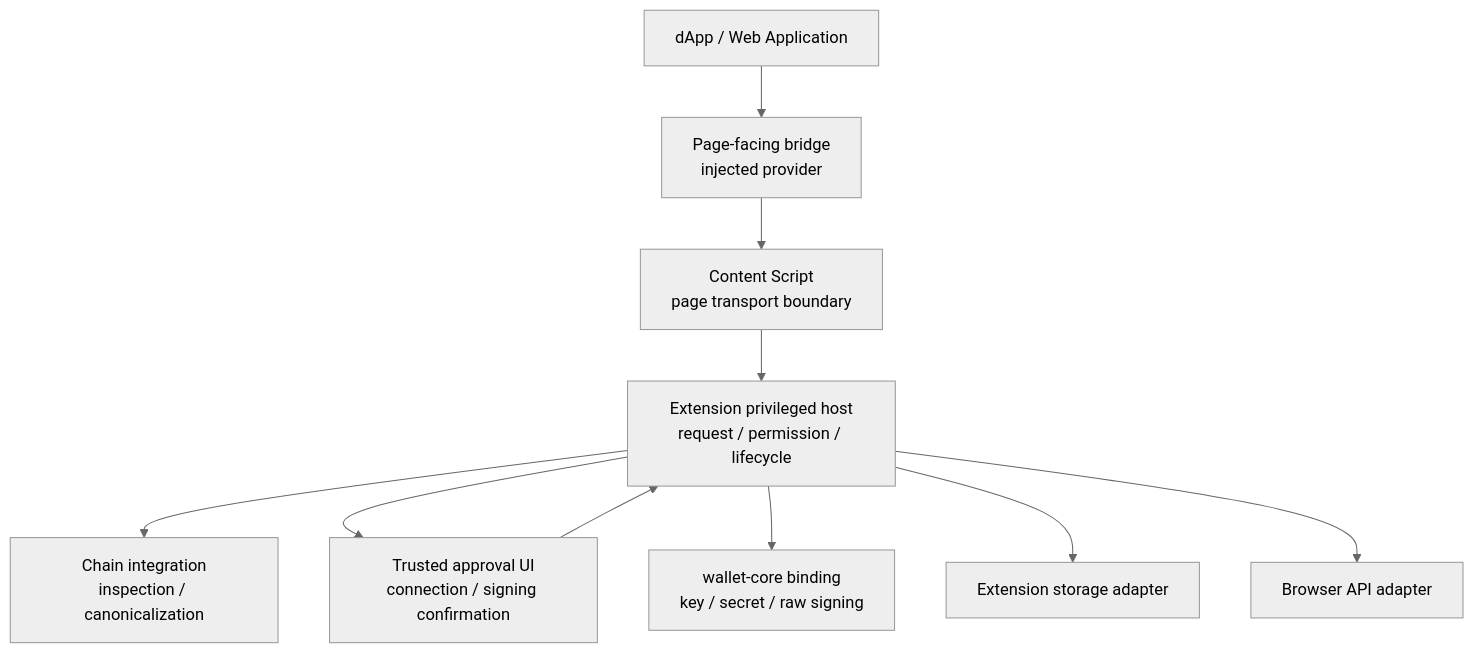
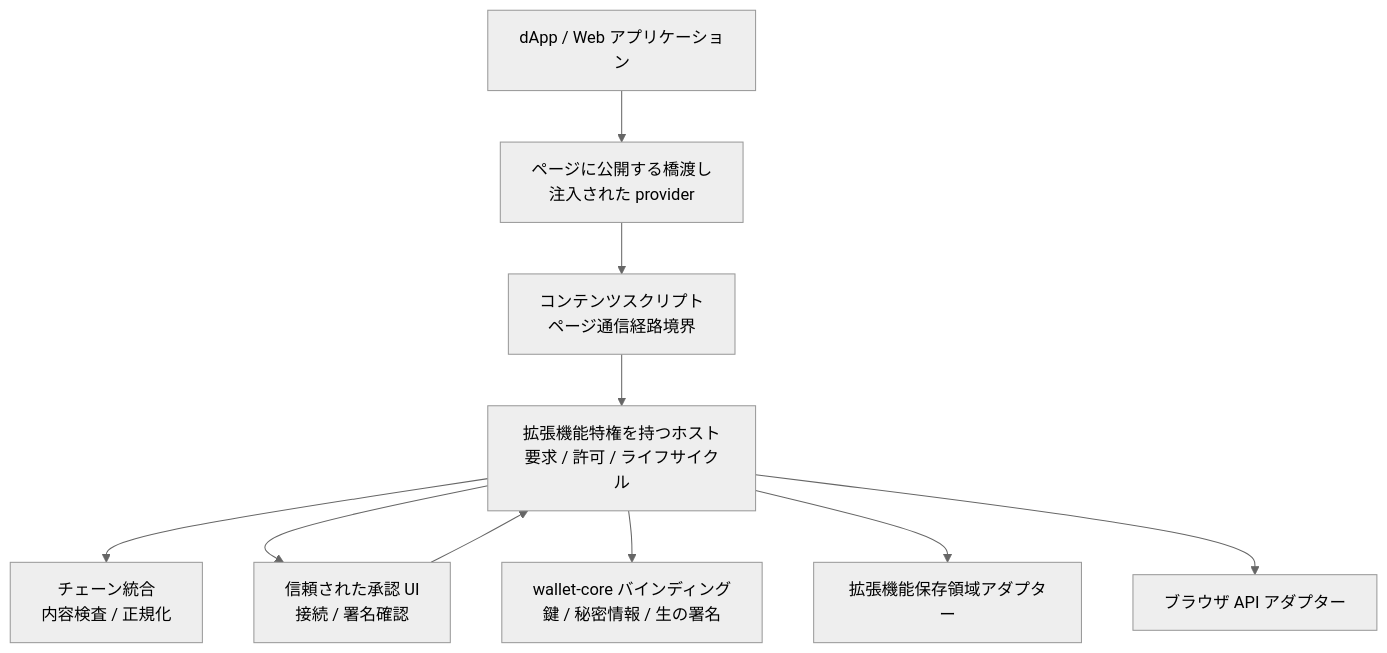
One commit to MosaicLynx/MosaicLynx changed the diagram in docs/design/browser-extension.md. Above: the diagram before and after it, drawn with Mermaid (neutral theme). The commit also changed other lines of this file and 135 other files, not shown here.

````diff
--- a/docs/design/browser-extension.md
+++ b/docs/design/browser-extension.md
@@ -71,20 +71,20 @@
 ```mermaid
 flowchart TB
-    D[dApp / Web Application]
-    P[Page-facing bridge<br/>injected provider]
-    C[Content Script<br/>page transport boundary]
-    H[Extension privileged host<br/>request / permission / lifecycle]
-    I[Chain integration<br/>inspection / canonicalization]
-    U[Trusted approval UI<br/>connection / signing confirmation]
-    W[wallet-core binding<br/>key / secret / raw signing]
-    S[Extension storage adapter]
-    B[Browser API adapter]
+    D[dApp / Web アプリケーション]
+    P[ページに公開する橋渡し<br/>注入された provider]
+    C[コンテンツスクリプト<br/>ページ通信経路境界]
+    H[拡張機能特権を持つホスト<br/>要求 / 許可 / ライフサイクル]
+    I[チェーン統合<br/>内容検査 / 正規化]
+    U[信頼された承認 UI<br/>接続 / 署名確認]
+    W[wallet-core バインディング<br/>鍵 / 秘密情報 / 生の署名]
+    S[拡張機能保存領域アダプター]
+    B[ブラウザ API アダプター]
 
     D --> P --> C --> H
     H --> I
     H --> U
     U --> H
     H --> W
     H --> S
     H --> B
 ```
````
